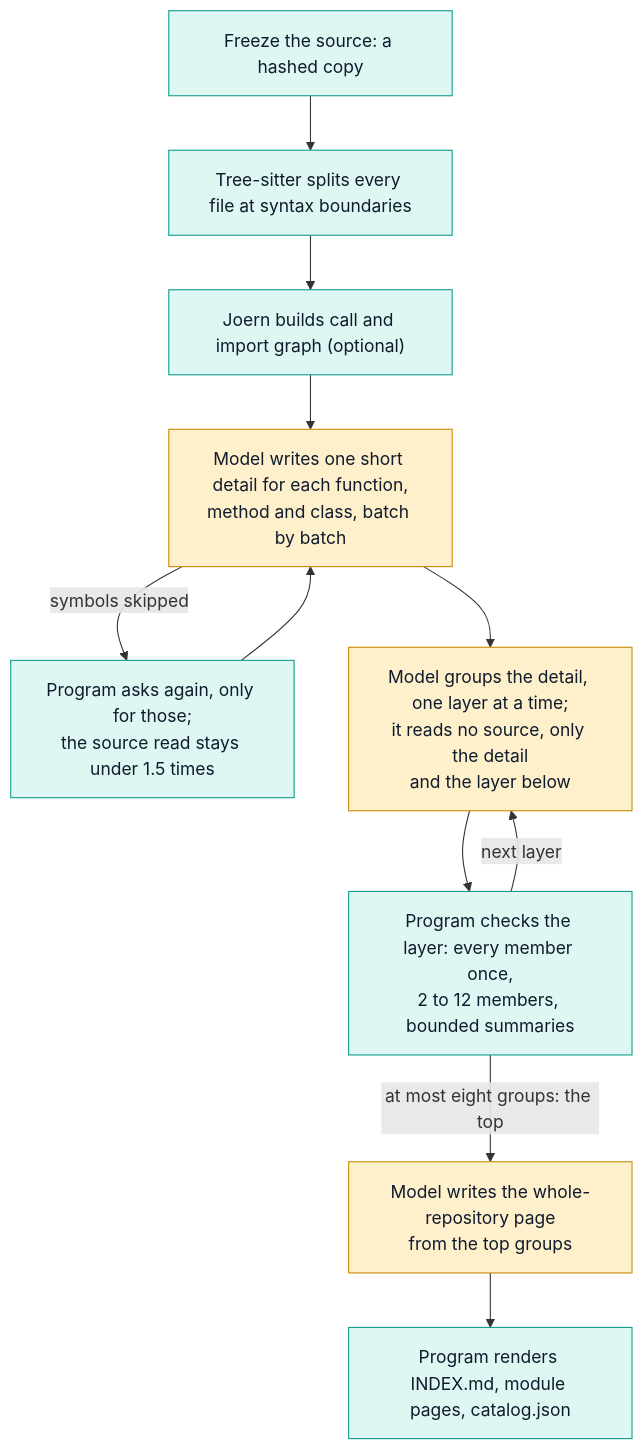
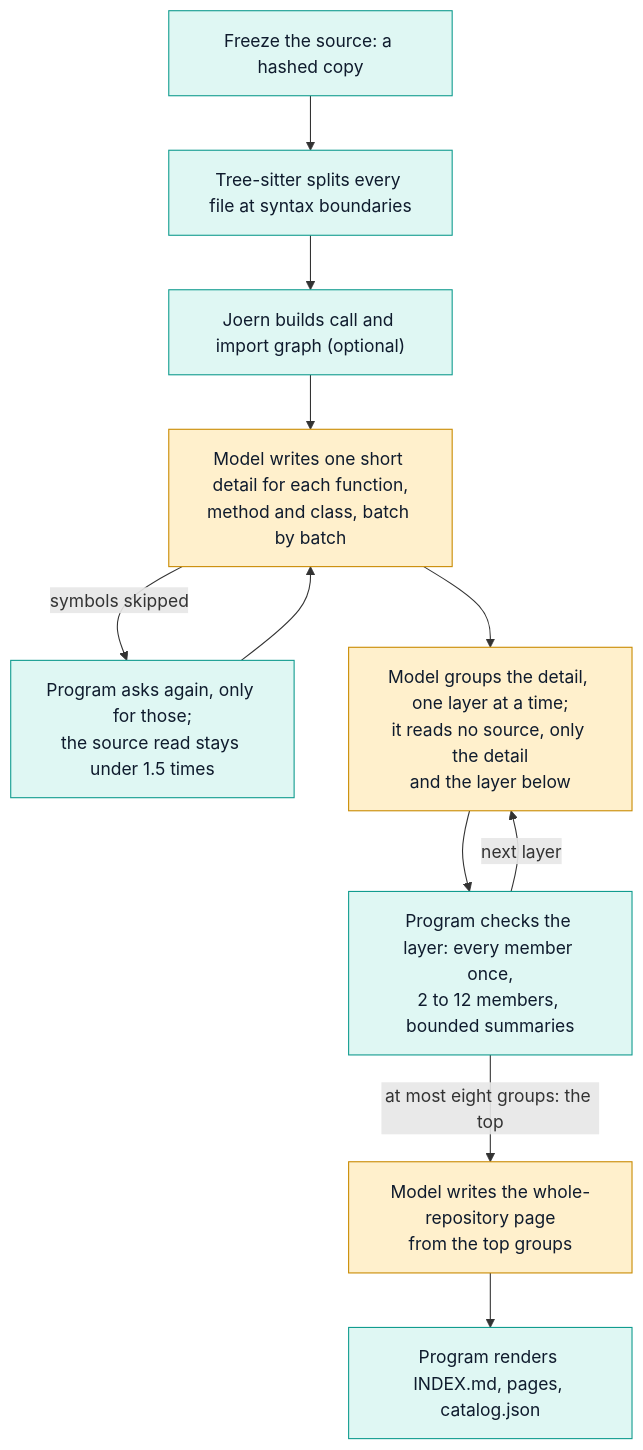
One commit to zlxdengtianhei/codebase-explorer changed the first of 2 diagrams in README.md. Above: the diagram before and after it, drawn with Mermaid. The commit also changed other lines of this file and 19 other files, not shown here.

````diff
--- a/README.md
+++ b/README.md
@@ -86,17 +86,17 @@
 ```mermaid
 flowchart TD
   A["Freeze the source: a hashed copy"] --> B["Tree-sitter splits every file at syntax boundaries"]
   B --> C["Joern builds call and import graph (optional)"]
   C --> D["Model writes one short detail for each function,<br/>method and class, batch by batch"]
   D -->|"symbols skipped"| D2["Program asks again, only for those;<br/>the source read stays under 1.5 times"]
   D2 --> D
   D --> F["Model groups the detail, one layer at a time;<br/>it reads no source, only the detail<br/>and the layer below"]
   F --> E["Program checks the layer: every member once,<br/>2 to 12 members, bounded summaries"]
   E -->|"next layer"| F
   E -->|"at most eight groups: the top"| G["Model writes the whole-repository page<br/>from the top groups"]
-  G --> H["Program renders INDEX.md, module pages, catalog.json"]
+  G --> H["Program renders INDEX.md, pages, catalog.json"]
   classDef program fill:#dff7f3,stroke:#0f9b8e,color:#0f1b2d
   classDef model fill:#fff0cc,stroke:#c98a00,color:#0f1b2d
   class A,B,C,D2,E,H program
   class D,F,G model
 ```
````
